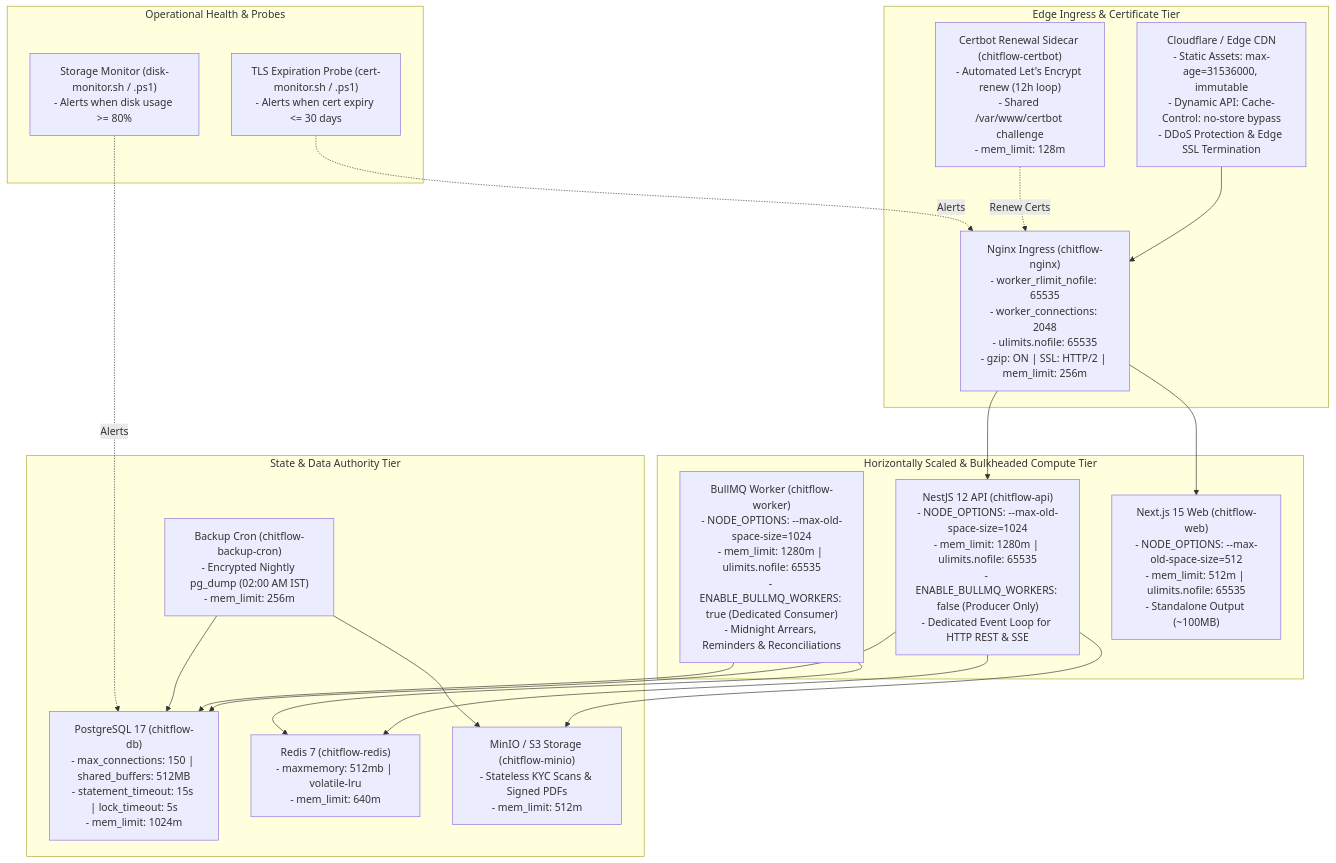
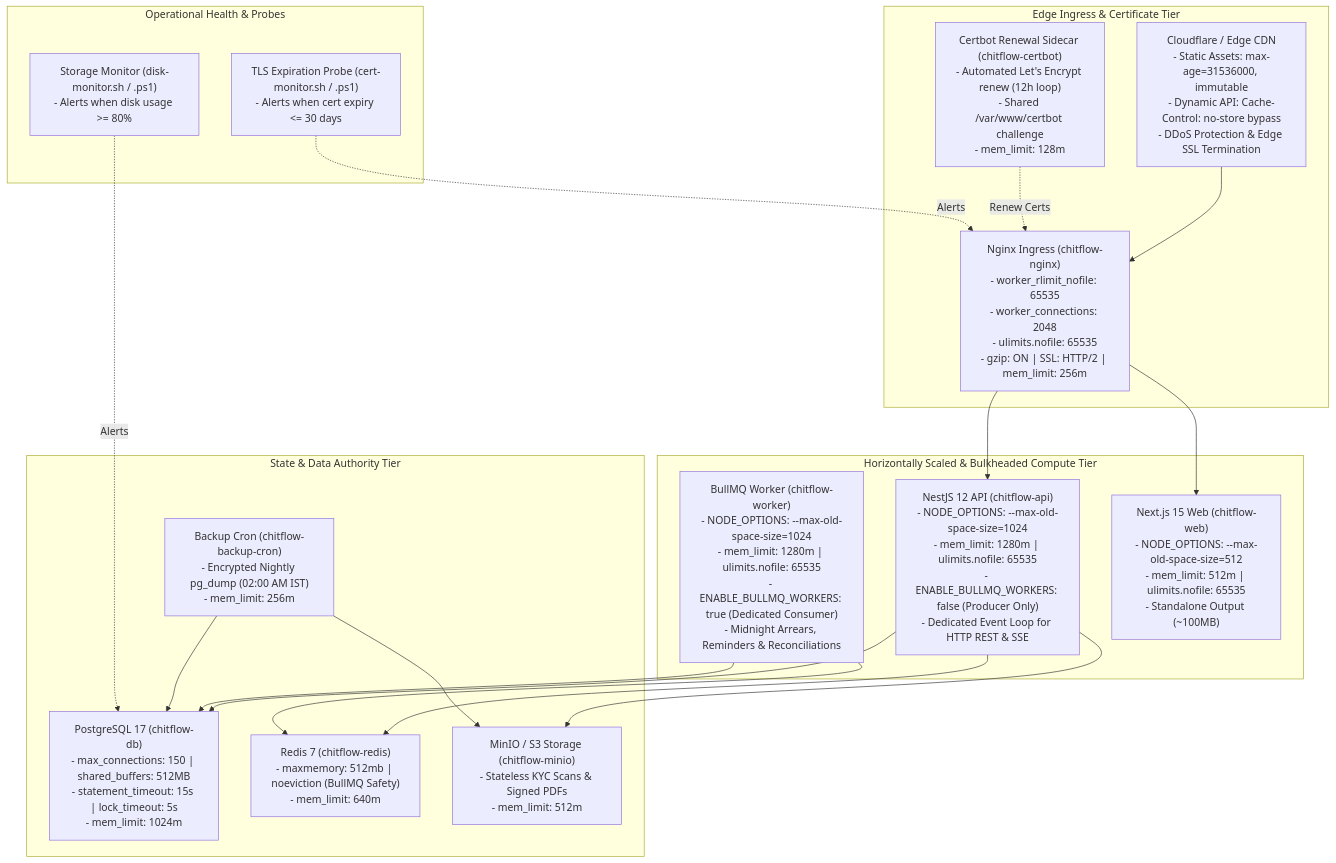
One commit to Kathir-24/Kumaran-finance changed the diagram in docs/03-architecture/server-and-infrastructure-resilience.md. Above: the diagram before and after it, drawn with Mermaid. The commit also changed 25 other files, not shown here.

````diff
--- a/docs/03-architecture/server-and-infrastructure-resilience.md
+++ b/docs/03-architecture/server-and-infrastructure-resilience.md
@@ -14,40 +14,40 @@
 ```mermaid
 flowchart TD
     subgraph IngressLayer["Edge Ingress & Certificate Tier"]
         CloudFront["Cloudflare / Edge CDN\n- Static Assets: max-age=31536000, immutable\n- Dynamic API: Cache-Control: no-store bypass\n- DDoS Protection & Edge SSL Termination"]
         Nginx["Nginx Ingress (chitflow-nginx)\n- worker_rlimit_nofile: 65535\n- worker_connections: 2048\n- ulimits.nofile: 65535\n- gzip: ON | SSL: HTTP/2 | mem_limit: 256m"]
         Certbot["Certbot Renewal Sidecar (chitflow-certbot)\n- Automated Let's Encrypt renew (12h loop)\n- Shared /var/www/certbot challenge\n- mem_limit: 128m"]
     end
 
     subgraph ComputeTier["Horizontally Scaled & Bulkheaded Compute Tier"]
         API["NestJS 12 API (chitflow-api)\n- NODE_OPTIONS: --max-old-space-size=1024\n- mem_limit: 1280m | ulimits.nofile: 65535\n- ENABLE_BULLMQ_WORKERS: false (Producer Only)\n- Dedicated Event Loop for HTTP REST & SSE"]
         Worker["BullMQ Worker (chitflow-worker)\n- NODE_OPTIONS: --max-old-space-size=1024\n- mem_limit: 1280m | ulimits.nofile: 65535\n- ENABLE_BULLMQ_WORKERS: true (Dedicated Consumer)\n- Midnight Arrears, Reminders & Reconciliations"]
         Web["Next.js 15 Web (chitflow-web)\n- NODE_OPTIONS: --max-old-space-size=512\n- mem_limit: 512m | ulimits.nofile: 65535\n- Standalone Output (~100MB)"]
     end
 
     subgraph StateTier["State & Data Authority Tier"]
         DB["PostgreSQL 17 (chitflow-db)\n- max_connections: 150 | shared_buffers: 512MB\n- statement_timeout: 15s | lock_timeout: 5s\n- mem_limit: 1024m"]
-        Redis["Redis 7 (chitflow-redis)\n- maxmemory: 512mb | volatile-lru\n- mem_limit: 640m"]
+        Redis["Redis 7 (chitflow-redis)\n- maxmemory: 512mb | noeviction (BullMQ Safety)\n- mem_limit: 640m"]
         Minio["MinIO / S3 Storage (chitflow-minio)\n- Stateless KYC Scans & Signed PDFs\n- mem_limit: 512m"]
         Cron["Backup Cron (chitflow-backup-cron)\n- Encrypted Nightly pg_dump (02:00 AM IST)\n- mem_limit: 256m"]
     end
 
     subgraph MonitoringTier["Operational Health & Probes"]
         DiskMonitor["Storage Monitor (disk-monitor.sh / .ps1)\n- Alerts when disk usage >= 80%"]
         CertMonitor["TLS Expiration Probe (cert-monitor.sh / .ps1)\n- Alerts when cert expiry <= 30 days"]
     end
 
     CloudFront --> Nginx
     Nginx --> API
     Nginx --> Web
     Certbot -.->|Renew Certs| Nginx
     API --> DB
     API --> Redis
     API --> Minio
     Worker --> DB
     Worker --> Redis
     Cron --> DB
     Cron --> Minio
     DiskMonitor -.->|Alerts| DB
     CertMonitor -.->|Alerts| Nginx
 ```
````
